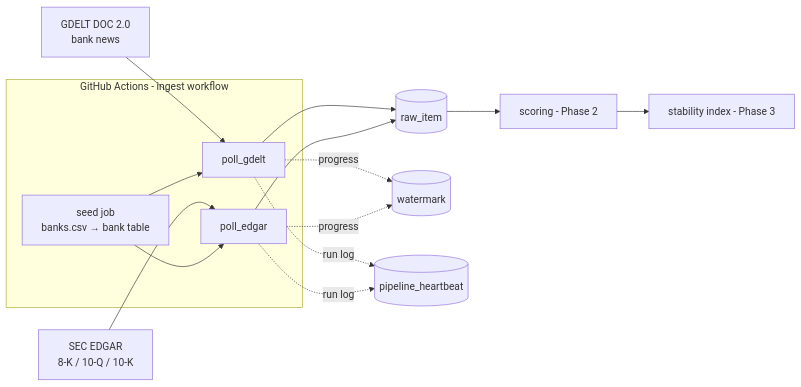
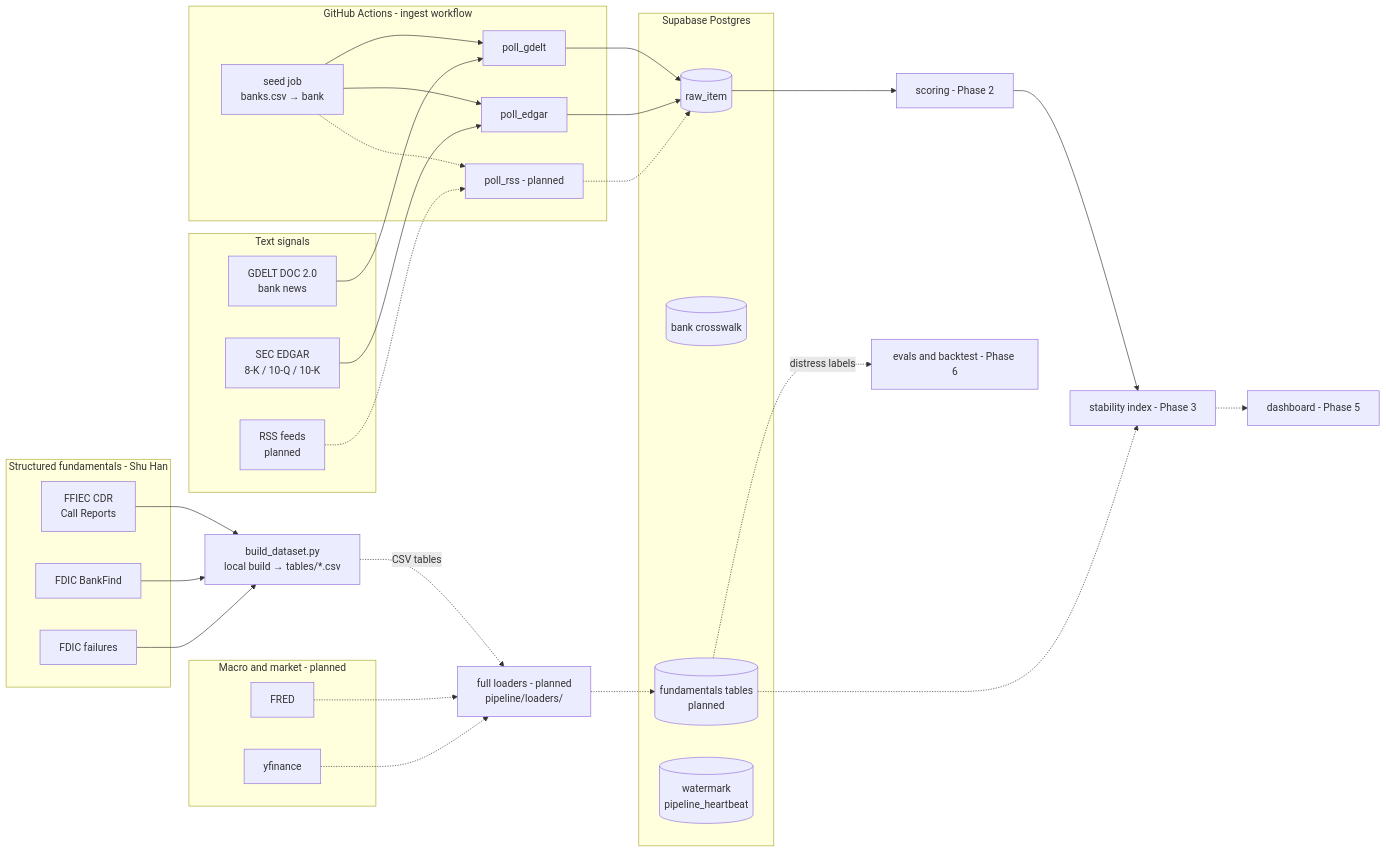
One commit to HOSH19/PNC_Capstone changed the third of 3 diagrams in README.md. Above: the diagram before and after it, drawn with Mermaid. The commit also changed other lines of this file, not shown here.

Commit message:
Draw the full-project architecture including structured data
Expand the ingestion diagram to cover all three source groups — live
text signals (GDELT, EDGAR), Shu Han's FFIEC/FDIC fundamentals build,
and planned macro/market sources — through their two pipelines into
Postgres and on to the downstream phases, with solid edges for what
runs today and dashed for planned. Add the crosswalk-join idea: the
fundamentals CSVs are the module interface, fdic_cert/rssd_id are the
join keys, and the distress labels are the backtest ground truth.

Claude-Session: https://claude.ai/code/session_01HwcxMsSigjCsw2VVkeLuy8

````diff
--- a/README.md
+++ b/README.md
@@ -119,19 +120,60 @@
 ```mermaid
 flowchart LR
-    GDELT[GDELT DOC 2.0<br/>bank news] --> PG[poll_gdelt]
-    EDGAR[SEC EDGAR<br/>8-K / 10-Q / 10-K] --> PE[poll_edgar]
+    subgraph SRC_TEXT[Text signals]
+        GDELT[GDELT DOC 2.0<br/>bank news]
+        EDGAR[SEC EDGAR<br/>8-K / 10-Q / 10-K]
+        RSS[RSS feeds<br/>planned]
+    end
+
+    subgraph SRC_STRUCT[Structured fundamentals - Shu Han]
+        FFIEC[FFIEC CDR<br/>Call Reports]
+        FDIC[FDIC BankFind]
+        FAIL[FDIC failures]
+    end
+
+    subgraph SRC_MKT[Macro and market - planned]
+        FRED[FRED]
+        YF[yfinance]
+    end
 
     subgraph ACTIONS[GitHub Actions - ingest workflow]
-        SEED[seed job<br/>banks.csv → bank table] --> PG
+        SEED[seed job<br/>banks.csv → bank]
+        PG[poll_gdelt]
+        PE[poll_edgar]
+        PRSS[poll_rss - planned]
+        SEED --> PG
         SEED --> PE
+        SEED -.-> PRSS
     end
 
-    PG --> RAW[(raw_item)]
+    BUILD[build_dataset.py<br/>local build → tables/*.csv]
+    LOADERS[full loaders - planned<br/>pipeline/loaders/]
+
+    GDELT --> PG
+    EDGAR --> PE
+    RSS -.-> PRSS
+    FFIEC --> BUILD
+    FDIC --> BUILD
+    FAIL --> BUILD
+    BUILD -.->|CSV tables| LOADERS
+    FRED -.-> LOADERS
+    YF -.-> LOADERS
+
+    subgraph DB[Supabase Postgres]
+        RAW[(raw_item)]
+        BANKT[(bank crosswalk)]
+        FUND[(fundamentals tables<br/>planned)]
+        OPS[(watermark<br/>pipeline_heartbeat)]
+    end
+
+    PG --> RAW
     PE --> RAW
-    PG -.progress.-> WM[(watermark)]
-    PE -.progress.-> WM
-    PG -.run log.-> HB[(pipeline_heartbeat)]
-    PE -.run log.-> HB
+    PRSS -.-> RAW
+    LOADERS -.-> FUND
 
-    RAW --> SCORING[scoring - Phase 2] --> INDEX[stability index - Phase 3]
+    RAW --> SCORE[scoring - Phase 2]
+    SCORE --> IDX[stability index - Phase 3]
+    FUND -.-> IDX
+    IDX -.-> DASH[dashboard - Phase 5]
+    FUND -.->|distress labels| EVAL[evals and backtest - Phase 6]
 ```
````
